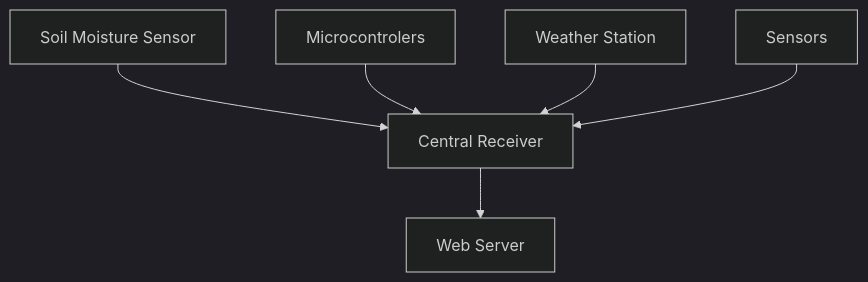
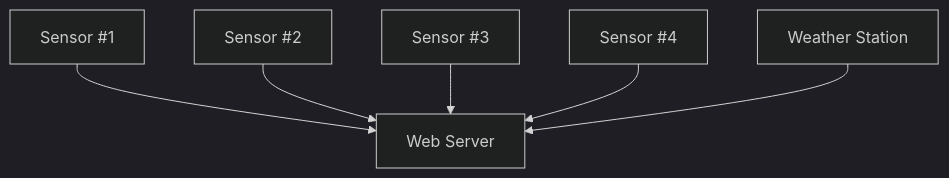
The first of 3 diagrams in README.md (Grimcheese/GardenStation), drawn with Mermaid (dark theme) before and after one commit. The commit also changed other lines of this file, not shown here.

````diff
--- a/README.md
+++ b/README.md
@@ -48,15 +47,15 @@
 ```mermaid
 flowchart TD
-    id1["Central Receiver"]
-    id2["Web Server"]
-    id3["Soil Moisture Sensor"]
-    id4["Microcontrolers"]
-    id5["Weather Station"]
-    id6["Sensors"]
+    id1["Web Server"]
+    id3["Sensor #1"]
+    id4["Sensor #2"]
+    id5["Sensor #3"]
+    id6["Sensor #4"]
+    id7["Weather Station"]
 
     id3 --> id1
     id4 --> id1
     id5 --> id1
     id6 --> id1
-    id1 --> id2
+    id7 --> id1
 ```
````
